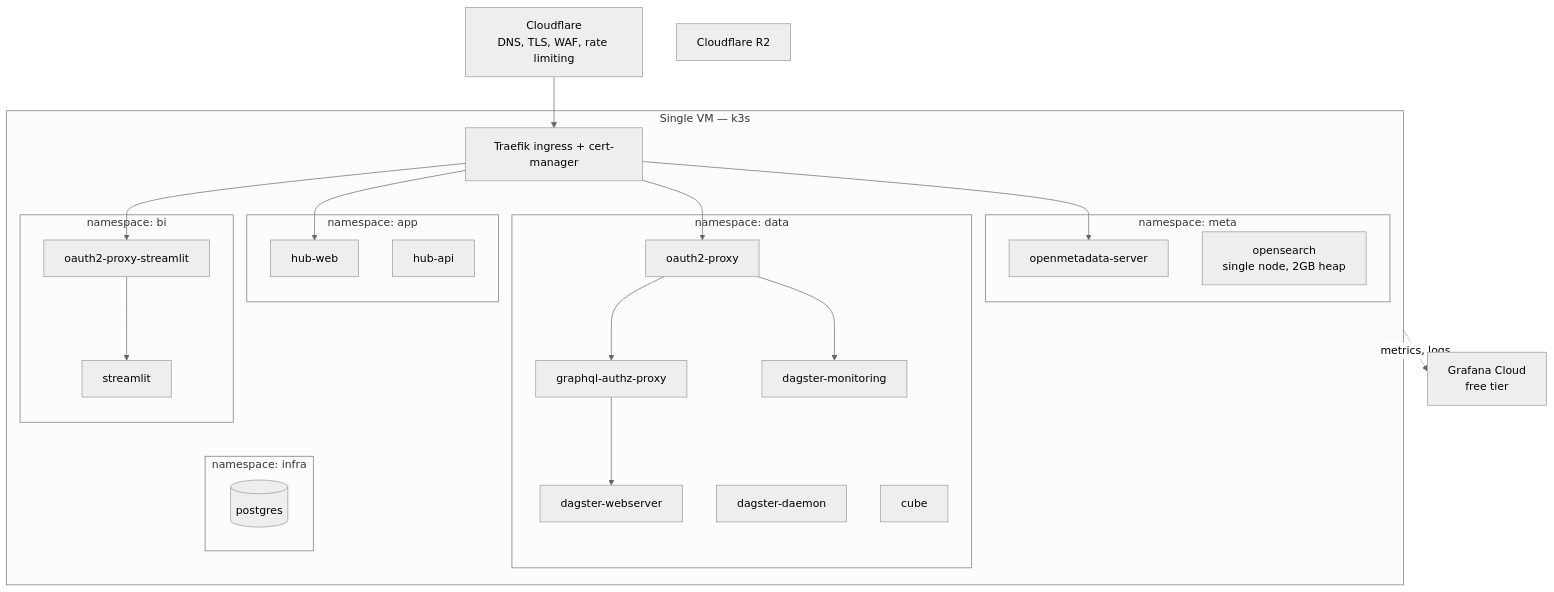
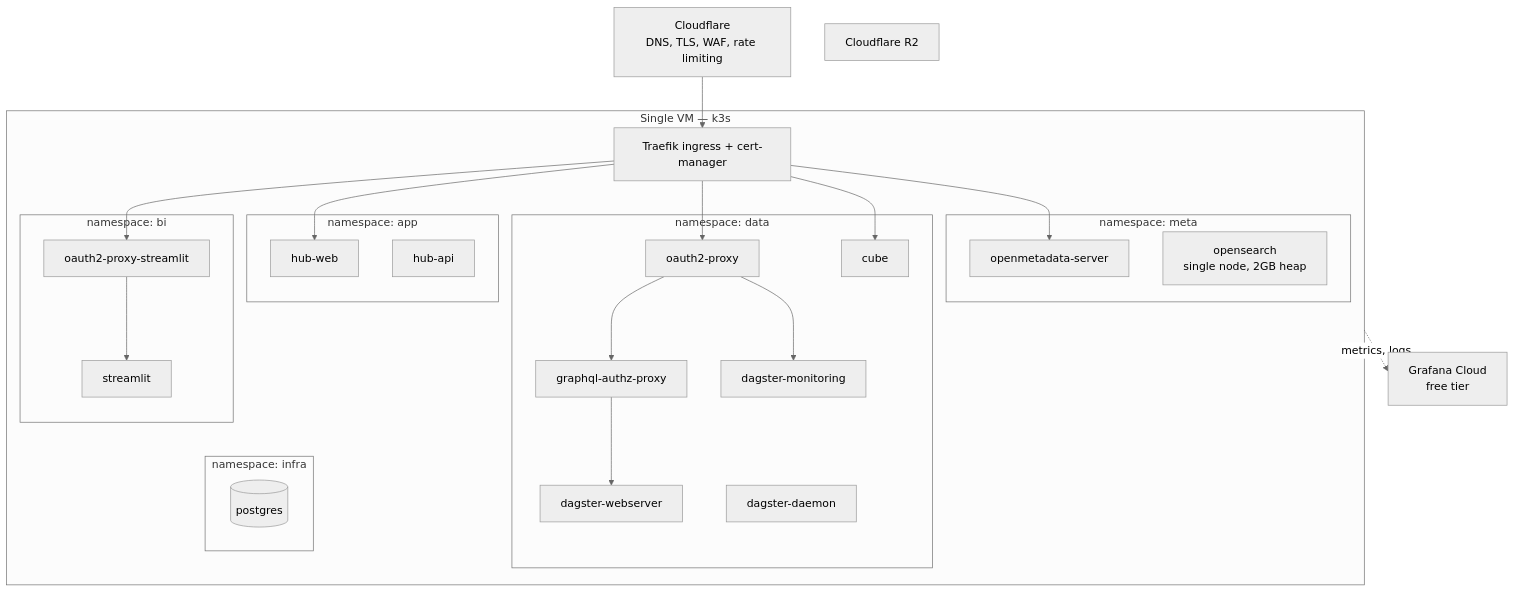
Before and after one commit to kgmcquate/open-health-data-platform: the third of 3 diagrams in docs/ARCHITECTURE.md, drawn with Mermaid (neutral theme). The commit also changed other lines of this file and 19 other files, not shown here.

````diff
--- a/docs/ARCHITECTURE.md
+++ b/docs/ARCHITECTURE.md
@@ -152,50 +152,51 @@
 ```mermaid
 flowchart TB
     CF["Cloudflare<br/>DNS, TLS, WAF, rate limiting"]
 
     subgraph vm["Single VM — k3s"]
         ING["Traefik ingress + cert-manager"]
 
         subgraph nsapp["namespace: app"]
             A1["hub-web"]
             A2["hub-api"]
         end
 
         subgraph nsdata["namespace: data"]
             D1["dagster-webserver"]
             D2["dagster-daemon"]
             D3["graphql-authz-proxy"]
             D4["oauth2-proxy"]
             D5["dagster-monitoring"]
             D6["cube"]
         end
 
         subgraph nsbi["namespace: bi"]
             B0["oauth2-proxy-streamlit"]
             B1["streamlit"]
         end
 
         subgraph nsmeta["namespace: meta"]
             M1["openmetadata-server"]
             M2["opensearch<br/>single node, 2GB heap"]
         end
 
         subgraph nsinfra["namespace: infra"]
             P1[("postgres")]
         end
     end
 
     R2["Cloudflare R2"]
     GC["Grafana Cloud<br/>free tier"]
 
     CF --> ING
     ING --> A1
     ING --> D4
+    ING --> D6
     ING --> B0
     ING --> M1
     D4 --> D3
     D4 --> D5
     D3 --> D1
     B0 --> B1
     vm -.->|metrics, logs| GC
 ```
````
